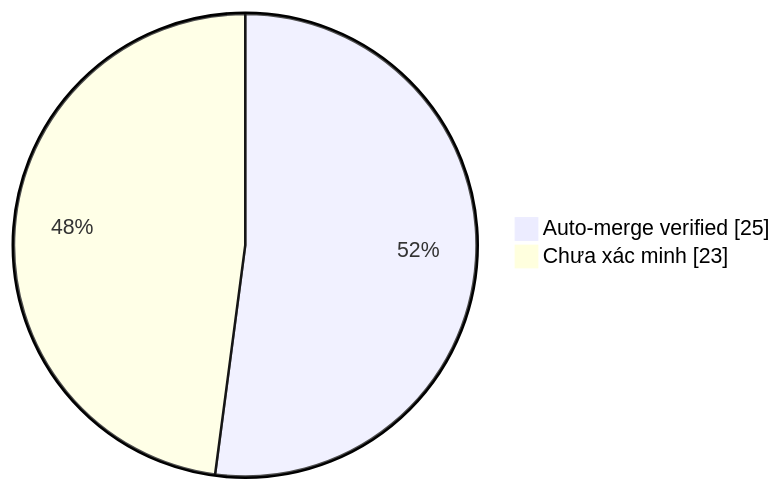
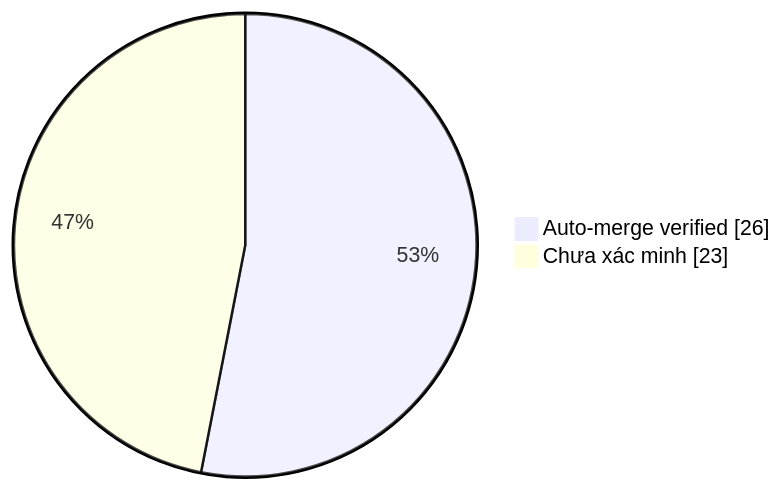
Before and after one commit to duykhang68/tetdinhmuiblog: the diagram in collector.md, drawn with Mermaid. The commit also changed other lines of this file and 1 other file, not shown here.

Commit message:
docs(collector): update auto-merge evidence dashboard

````diff
--- a/collector.md
+++ b/collector.md
@@ -22,5 +22,5 @@
 ```mermaid
 pie showData
-    "Auto-merge verified" : 25
+    "Auto-merge verified" : 26
     "Chưa xác minh" : 23
 ```
````
